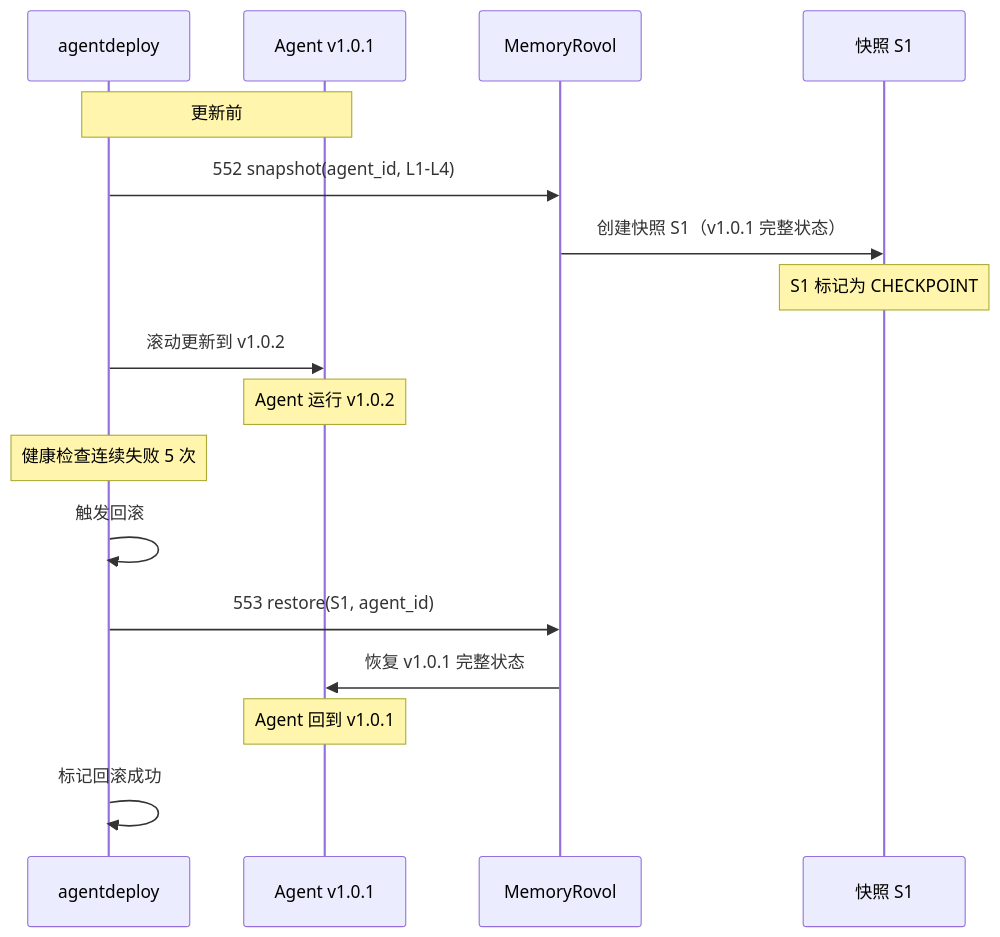
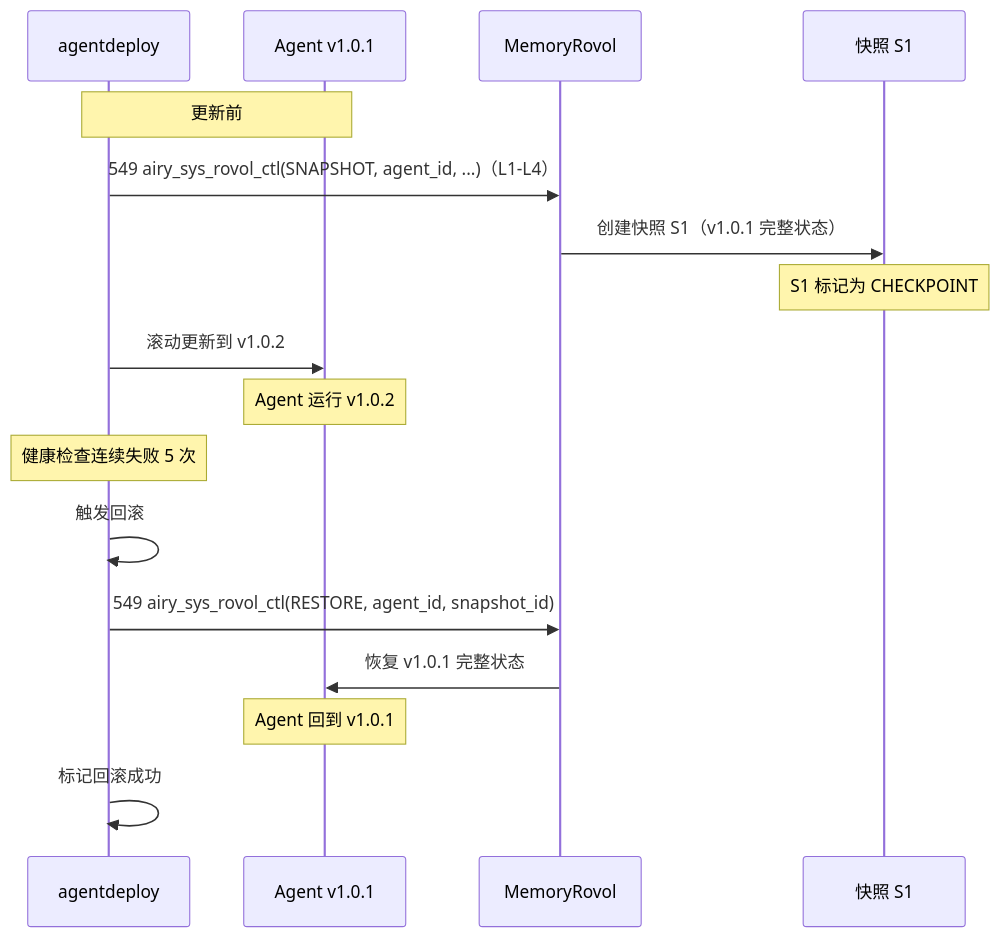
The eighth of 9 diagrams in AirymaxOS/140-application-development/06-agent-deployment.md (openairymax/docs), drawn with Mermaid before and after one commit. The commit also changed other lines of this file and 135 other files, not shown here.

````diff
--- a/AirymaxOS/140-application-development/06-agent-deployment.md
+++ b/AirymaxOS/140-application-development/06-agent-deployment.md
@@ -778,24 +778,24 @@
 ```mermaid
 sequenceDiagram
     participant DEPLOY as agentdeploy
     participant AGENT as Agent v1.0.1
     participant ROVOL as MemoryRovol
     participant SNAP as 快照 S1
 
     Note over DEPLOY,AGENT: 更新前
-    DEPLOY->>ROVOL: 552 snapshot(agent_id, L1-L4)
+    DEPLOY->>ROVOL: 549 airy_sys_rovol_ctl(SNAPSHOT, agent_id, ...)（L1-L4）
     ROVOL->>SNAP: 创建快照 S1（v1.0.1 完整状态）
     Note over SNAP: S1 标记为 CHECKPOINT
 
     DEPLOY->>AGENT: 滚动更新到 v1.0.2
     Note over AGENT: Agent 运行 v1.0.2
 
     Note over DEPLOY: 健康检查连续失败 5 次
     DEPLOY->>DEPLOY: 触发回滚
 
-    DEPLOY->>ROVOL: 553 restore(S1, agent_id)
+    DEPLOY->>ROVOL: 549 airy_sys_rovol_ctl(RESTORE, agent_id, snapshot_id)
     ROVOL->>AGENT: 恢复 v1.0.1 完整状态
     Note over AGENT: Agent 回到 v1.0.1
 
     DEPLOY->>DEPLOY: 标记回滚成功
 ```
````
